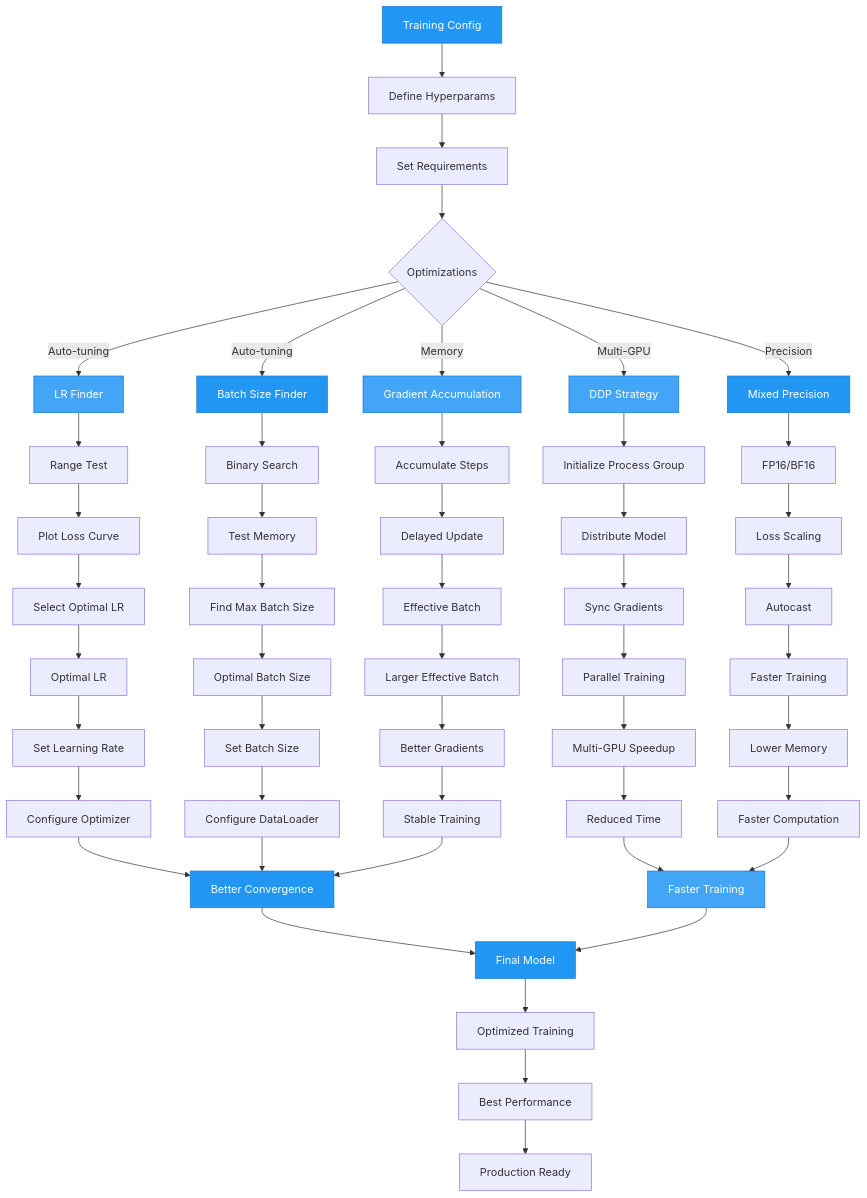
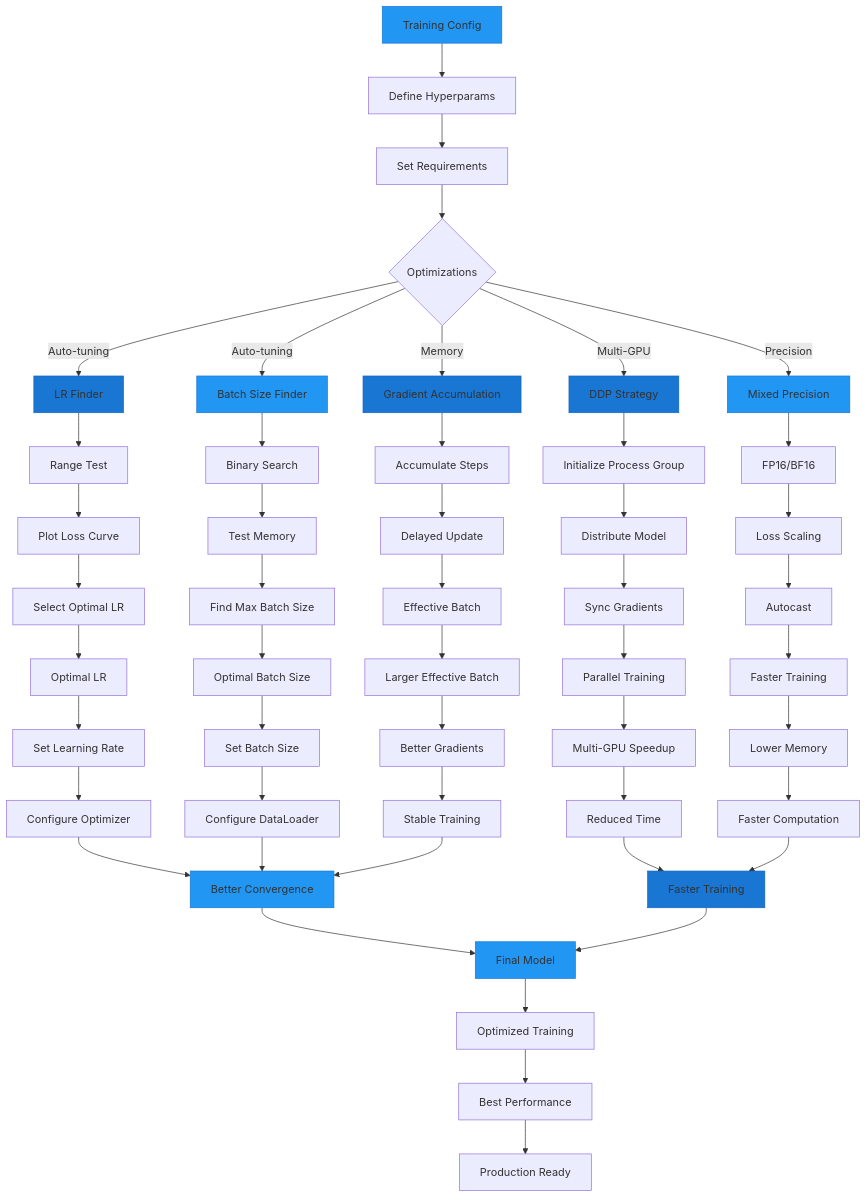
One commit to theja-vanka/AutoTimm changed the diagram in docs/examples/utilities/training-utilities.md. Above: the diagram before and after it, drawn with Mermaid. The commit also changed 37 other files, not shown here.

````diff
--- a/docs/examples/utilities/training-utilities.md
+++ b/docs/examples/utilities/training-utilities.md
@@ -7,75 +7,75 @@
 ```mermaid
 graph TD
     A[Training Config] --> A1[Define Hyperparams]
     A1 --> A2[Set Requirements]
     A2 --> B{Optimizations}
     
     B -->|Auto-tuning| C1[LR Finder]
     C1 --> C1a[Range Test]
     C1a --> C1b[Plot Loss Curve]
     C1b --> C1c[Select Optimal LR]
     
     B -->|Auto-tuning| C2[Batch Size Finder]
     C2 --> C2a[Binary Search]
     C2a --> C2b[Test Memory]
     C2b --> C2c[Find Max Batch Size]
     
     B -->|Multi-GPU| C3[DDP Strategy]
     C3 --> C3a[Initialize Process Group]
     C3a --> C3b[Distribute Model]
     C3b --> C3c[Sync Gradients]
     
     B -->|Precision| C4[Mixed Precision]
     C4 --> C4a[FP16/BF16]
     C4a --> C4b[Loss Scaling]
     C4b --> C4c[Autocast]
     
     B -->|Memory| C5[Gradient Accumulation]
     C5 --> C5a[Accumulate Steps]
     C5a --> C5b[Delayed Update]
     C5b --> C5c[Effective Batch]
     
     C1c --> D[Optimal LR]
     D --> D1[Set Learning Rate]
     D1 --> D2[Configure Optimizer]
     
     C2c --> E[Optimal Batch Size]
     E --> E1[Set Batch Size]
     E1 --> E2[Configure DataLoader]
     
     C3c --> F[Parallel Training]
     F --> F1[Multi-GPU Speedup]
     F1 --> F2[Reduced Time]
     
     C4c --> G[Faster Training]
     G --> G1[Lower Memory]
     G1 --> G2[Faster Computation]
     
     C5c --> H[Larger Effective Batch]
     H --> H1[Better Gradients]
     H1 --> H2[Stable Training]
     
     D2 --> I[Better Convergence]
     E2 --> I
     H2 --> I
     
     F2 --> J[Faster Training]
     G2 --> J
     
     I --> K[Final Model]
     J --> K
     
     K --> K1[Optimized Training]
     K1 --> K2[Best Performance]
     K2 --> K3[Production Ready]
     
-    style A fill:#2196F3,stroke:#1976D2,color:#fff
-    style C1 fill:#42A5F5,stroke:#1976D2,color:#fff
-    style C2 fill:#2196F3,stroke:#1976D2,color:#fff
-    style C3 fill:#42A5F5,stroke:#1976D2,color:#fff
-    style C4 fill:#2196F3,stroke:#1976D2,color:#fff
-    style C5 fill:#42A5F5,stroke:#1976D2,color:#fff
-    style I fill:#2196F3,stroke:#1976D2,color:#fff
-    style J fill:#42A5F5,stroke:#1976D2,color:#fff
-    style K fill:#2196F3,stroke:#1976D2,color:#fff
+    style A fill:#2196F3,stroke:#1976D2
+    style C1 fill:#1976D2,stroke:#1565C0
+    style C2 fill:#2196F3,stroke:#1976D2
+    style C3 fill:#1976D2,stroke:#1565C0
+    style C4 fill:#2196F3,stroke:#1976D2
+    style C5 fill:#1976D2,stroke:#1565C0
+    style I fill:#2196F3,stroke:#1976D2
+    style J fill:#1976D2,stroke:#1565C0
+    style K fill:#2196F3,stroke:#1976D2
 ```
````
